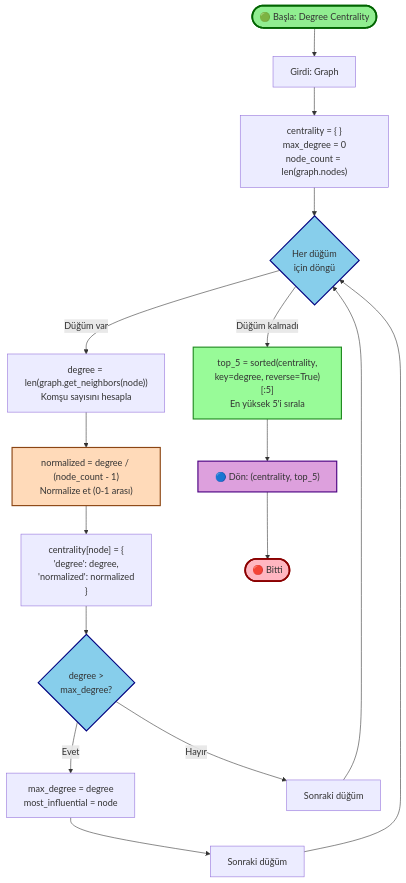
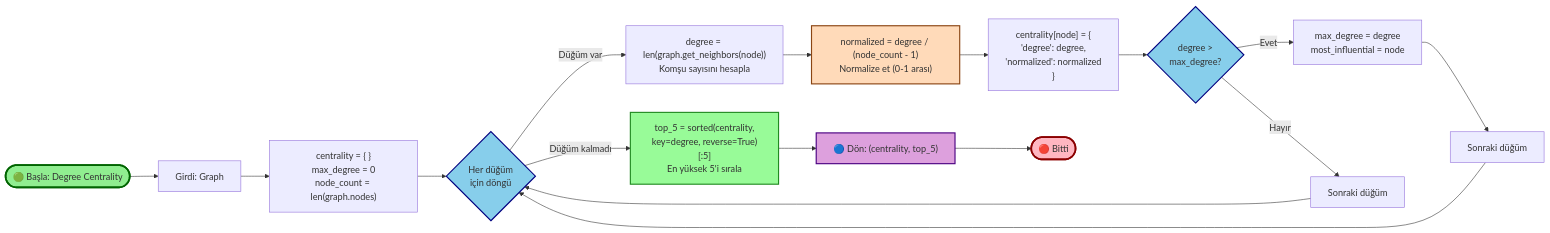
One commit to Emad-itbme/social-network-analysis changed the eighth of 11 diagrams in README.md. Above: the diagram before and after it, drawn with Mermaid. The commit also changed other lines of this file, not shown here.

````diff
--- a/README.md
+++ b/README.md
@@ -645,37 +645,37 @@
 ```mermaid
-flowchart TD
+flowchart LR
     Start([🟢 Başla: Degree Centrality]) --> Input[Girdi: Graph]
     
     Input --> Init["centrality = { }<br/>max_degree = 0<br/>node_count = len(graph.nodes)"]
     
     Init --> NodeLoop{Her düğüm<br/>için döngü}
     
     NodeLoop -->|Düğüm var| GetDegree["degree = len(graph.get_neighbors(node))<br/>Komşu sayısını hesapla"]
     
     GetDegree --> CalcCentrality["normalized = degree / (node_count - 1)<br/>Normalize et (0-1 arası)"]
     
     CalcCentrality --> SaveCentrality["centrality[node] = {<br/>  'degree': degree,<br/>  'normalized': normalized<br/>}"]
     
     SaveCentrality --> UpdateMax{degree ><br/>max_degree?}
     
     UpdateMax -->|Evet| SetMax["max_degree = degree<br/>most_influential = node"]
     UpdateMax -->|Hayır| NextNode1[Sonraki düğüm]
     
     SetMax --> NextNode2[Sonraki düğüm]
     NextNode1 --> NodeLoop
     NextNode2 --> NodeLoop
     
     NodeLoop -->|Düğüm kalmadı| SortTop["top_5 = sorted(centrality,<br/>key=degree, reverse=True)[:5]<br/>En yüksek 5'i sırala"]
     
     SortTop --> ReturnResult["🔵 Dön: (centrality, top_5)"]
     
     ReturnResult --> End([🔴 Bitti])
     
     style Start fill:#90EE90,stroke:#006400,stroke-width:3px
     style End fill:#FFB6C1,stroke:#8B0000,stroke-width:3px
     style NodeLoop fill:#87CEEB,stroke:#000080,stroke-width:2px
     style UpdateMax fill:#87CEEB,stroke:#000080,stroke-width:2px
     style CalcCentrality fill:#FFDAB9,stroke:#8B4513,stroke-width:2px
     style SortTop fill:#98FB98,stroke:#228B22,stroke-width:2px
     style ReturnResult fill:#DDA0DD,stroke:#4B0082,stroke-width:2px
 ```
````
